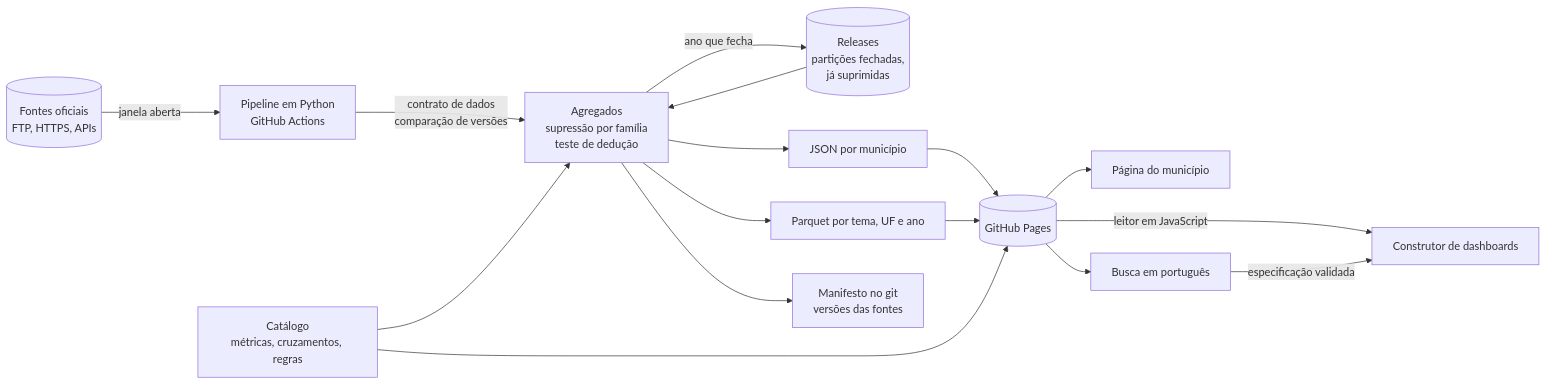
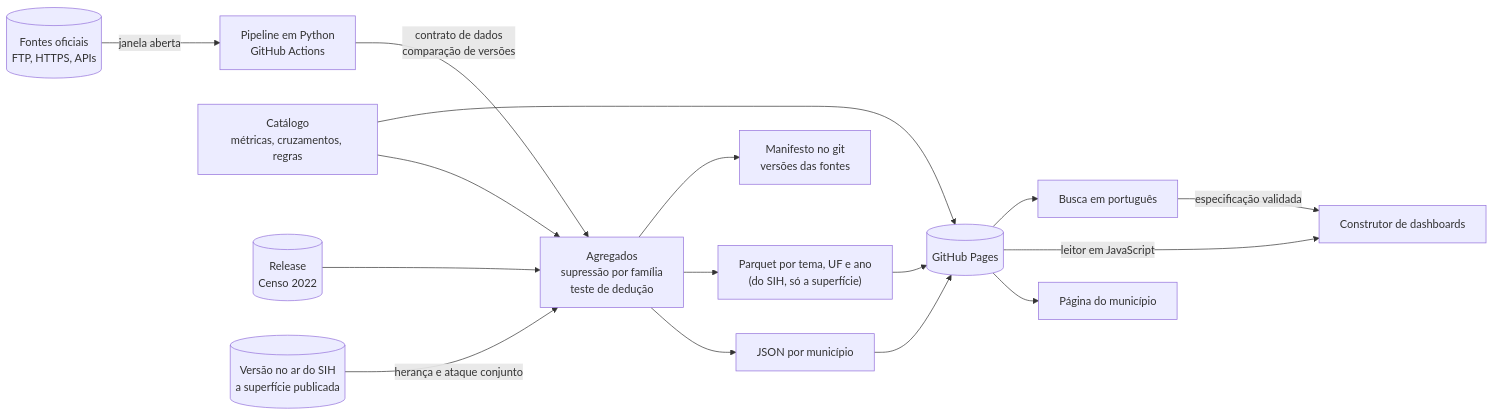
One commit to MatheusCavalcanteF/explorador-dados-publicos changed the diagram in docs/plano.md. Above: the diagram before and after it, drawn with Mermaid. The commit also changed other lines of this file and 26 other files, not shown here.

````diff
--- a/docs/plano.md
+++ b/docs/plano.md
@@ -81,18 +83,18 @@
 ```mermaid
 flowchart LR
     F[("Fontes oficiais<br/>FTP, HTTPS, APIs")] -->|"janela aberta"| P["Pipeline em Python<br/>GitHub Actions"]
     P -->|"contrato de dados<br/>comparação de versões"| A["Agregados<br/>supressão por família<br/>teste de dedução"]
     C["Catálogo<br/>métricas, cruzamentos, regras"] --> A
-    R[("Releases<br/>partições fechadas,<br/>já suprimidas")] --> A
-    A -->|"ano que fecha"| R
+    R[("Release<br/>Censo 2022")] --> A
+    V[("Versão no ar do SIH<br/>a superfície publicada")] -->|"herança e ataque conjunto"| A
     A --> J["JSON por município"]
-    A --> Q["Parquet por tema, UF e ano"]
+    A --> Q["Parquet por tema, UF e ano<br/>(do SIH, só a superfície)"]
     A --> X["Manifesto no git<br/>versões das fontes"]
     J --> S[("GitHub Pages")]
     Q --> S
     C --> S
     S --> M["Página do município"]
     S -->|"leitor em JavaScript"| D["Construtor de dashboards"]
     S --> B["Busca em português"]
     B -->|"especificação validada"| D
 ```
````
